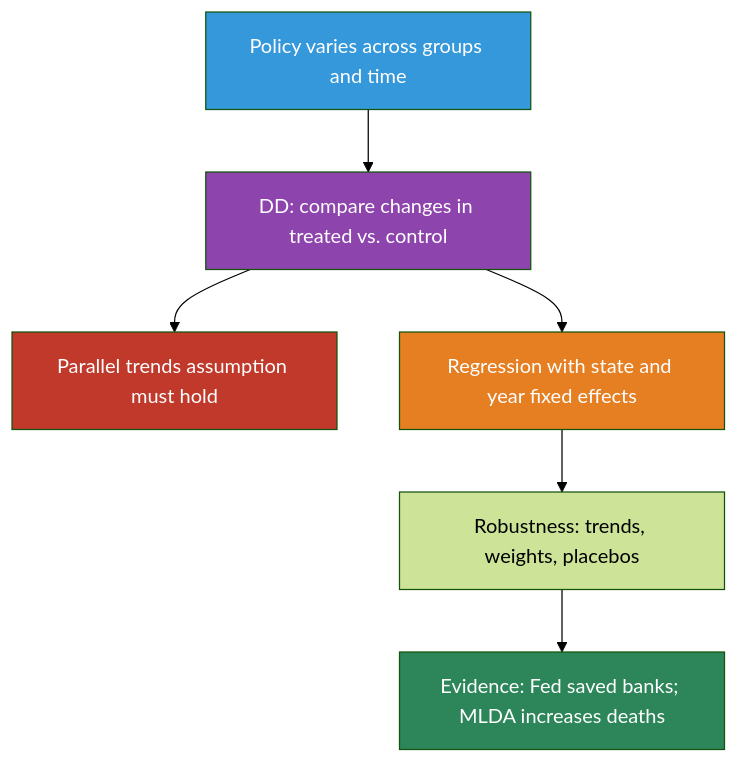
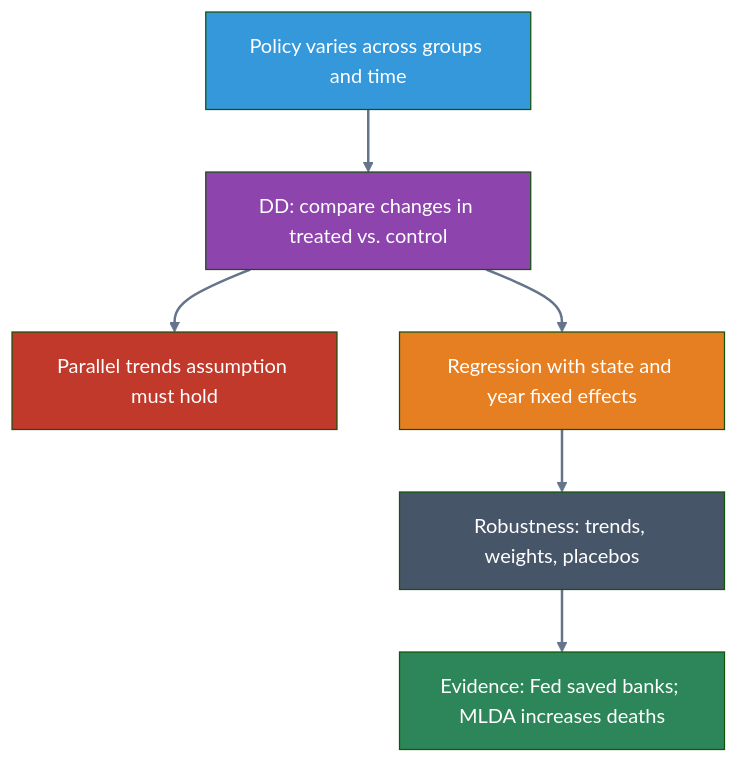
One commit to cmg777/intro2causal changed the third of 3 diagrams in notebooks_quarto/05-differences-in-differences.qmd. Above: the diagram before and after it, drawn with Mermaid (forest theme). The commit also changed other lines of this file and 17 other files, not shown here.

````diff
--- a/notebooks_quarto/05-differences-in-differences.qmd
+++ b/notebooks_quarto/05-differences-in-differences.qmd
@@ -607,24 +603,26 @@
 ```{mermaid}
 %%| label: fig-concept-map
 %%| fig-cap: "How the key concepts of Chapter 5 connect"
 
 graph TD
     Q["Policy varies across groups and time"]
     DD["DD: compare changes in treated vs. control"]
     PT["Parallel trends assumption must hold"]
     FE["Regression with state and year fixed effects"]
     ROB["Robustness: trends, weights, placebos"]
     EV["Evidence: Fed saved banks; MLDA increases deaths"]
 
     Q --> DD
     DD --> PT
     DD --> FE
     FE --> ROB
     ROB --> EV
 
     style Q fill:#3498db,color:#fff
     style DD fill:#8e44ad,color:#fff
     style PT fill:#c0392b,color:#fff
     style FE fill:#e67e22,color:#fff
+    style ROB fill:#475569,color:#fff
     style EV fill:#2d8659,color:#fff
+    linkStyle default stroke:#64748b,stroke-width:2px
 ```
````
